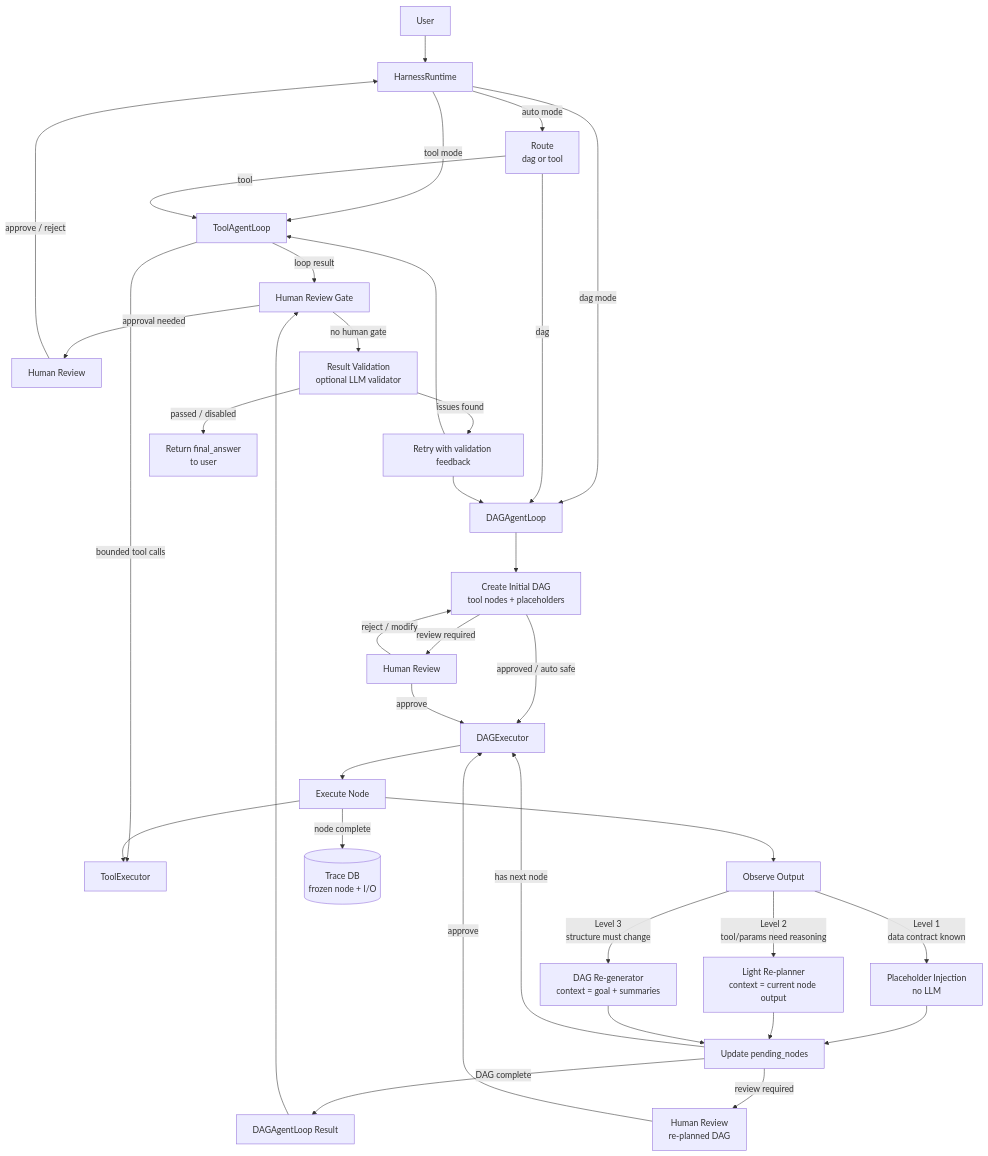
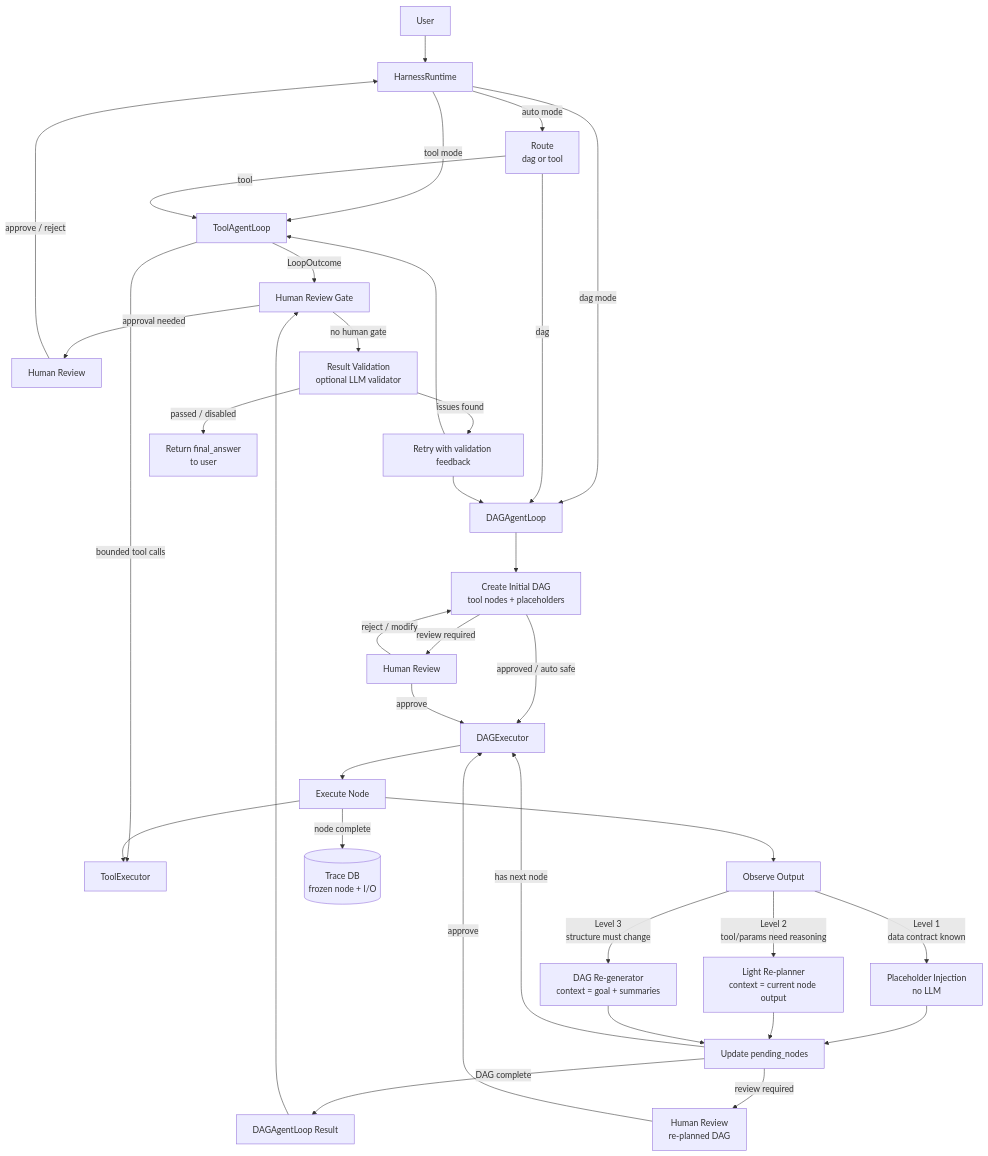
Before and after one commit to RobotSe7en/dagent: the diagram in README.md, drawn with Mermaid. The commit also changed other lines of this file and 1 other file, not shown here.

Commit message:
Refresh architecture documentation

````diff
--- a/README.md
+++ b/README.md
@@ -52,48 +52,48 @@
 ```mermaid
 flowchart TD
   U["User"] --> R["HarnessRuntime"]
   R -->|"auto mode"| ROUTE["Route\ndag or tool"]
   R -->|"tool mode"| TA["ToolAgentLoop"]
   R -->|"dag mode"| DA["DAGAgentLoop"]
 
   ROUTE -->|"tool"| TA
   ROUTE -->|"dag"| DA
 
   TA -->|"bounded tool calls"| T["ToolExecutor"]
-  TA -->|"loop result"| G["Human Review Gate"]
+  TA -->|"LoopOutcome"| G["Human Review Gate"]
 
   DA --> D["Create Initial DAG\ntool nodes + placeholders"]
 
   D -->|"review required"| UI["Human Review"]
   D -->|"approved / auto safe"| E["DAGExecutor"]
   UI -->|"approve"| E
   UI -->|"reject / modify"| D
 
   E --> N["Execute Node"]
   N --> T
   N --> OBS["Observe Output"]
   N -->|"node complete"| TR[("Trace DB\nfrozen node + I/O")]
 
   OBS -->|"Level 1\ndata contract known"| INJ["Placeholder Injection\nno LLM"]
   OBS -->|"Level 2\ntool/params need reasoning"| RP["Light Re-planner\ncontext = current node output"]
   OBS -->|"Level 3\nstructure must change"| RG["DAG Re-generator\ncontext = goal + summaries"]
 
   INJ --> NXT["Update pending_nodes"]
   RP --> NXT
   RG --> NXT
 
   NXT -->|"has next node"| E
   NXT -->|"review required"| UI2["Human Review\nre-planned DAG"]
   UI2 -->|"approve"| E
 
   NXT -->|"DAG complete"| DR["DAGAgentLoop Result"]
   DR --> G
 
   G -->|"approval needed"| UI3["Human Review"]
   UI3 -->|"approve / reject"| R
   G -->|"no human gate"| V["Result Validation\noptional LLM validator"]
   V -->|"issues found"| RTRY["Retry with validation feedback"]
   RTRY --> TA
   RTRY --> DA
   V -->|"passed / disabled"| O["Return final_answer\nto user"]
 ```
````
